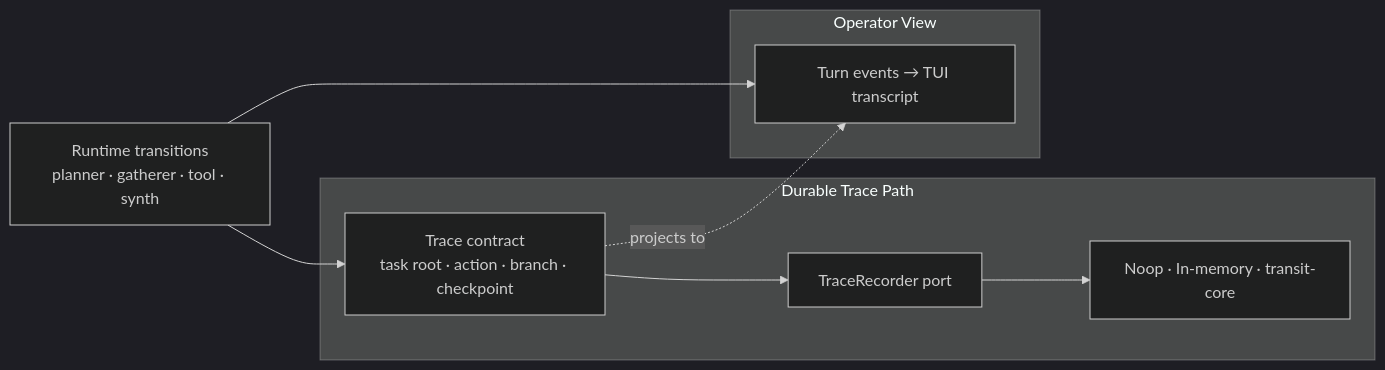
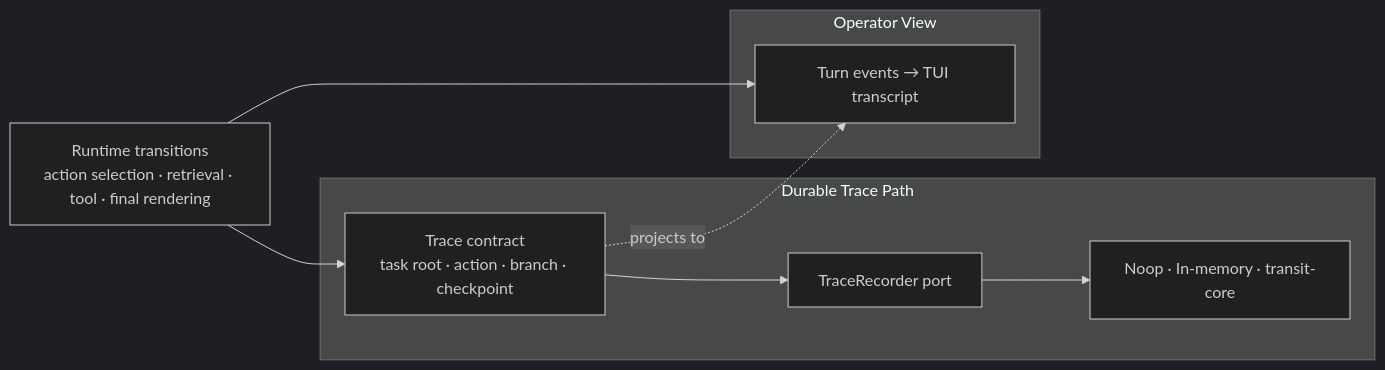
The fifth of 6 diagrams in README.md (spoke-sh/paddles), drawn with Mermaid (dark theme) before and after one commit. The commit also changed other lines of this file and 39 other files, not shown here.

````diff
--- a/README.md
+++ b/README.md
@@ -338,18 +338,18 @@
 ```mermaid
 flowchart LR
-    Runtime["Runtime transitions<br/>planner · gatherer · tool · synth"]
+    Runtime["Runtime transitions<br/>action selection · retrieval · tool · final rendering"]
 
     subgraph Recording ["Durable Trace Path"]
         Contract["Trace contract<br/>task root · action · branch · checkpoint"]
         Port["TraceRecorder port"]
         Adapters["Noop · In-memory · transit-core"]
     end
 
     subgraph Display ["Operator View"]
         Events["Turn events → TUI transcript"]
     end
 
     Runtime --> Contract --> Port --> Adapters
     Runtime --> Events
     Contract -.->|"projects to"| Events
 ```
````
